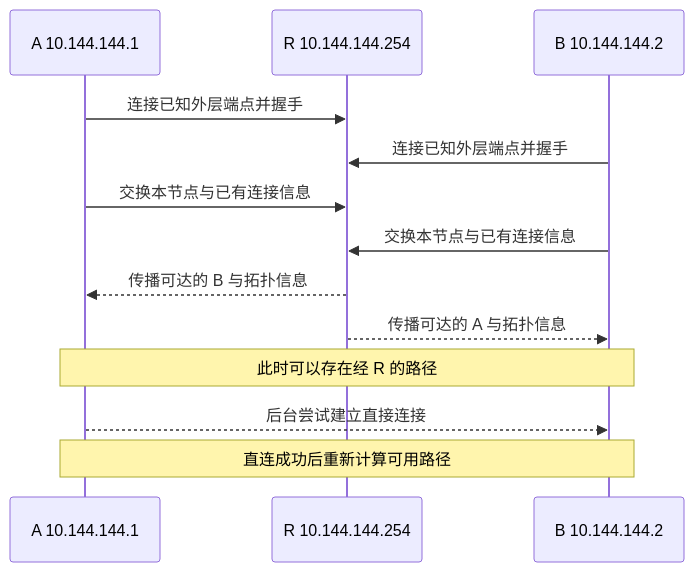
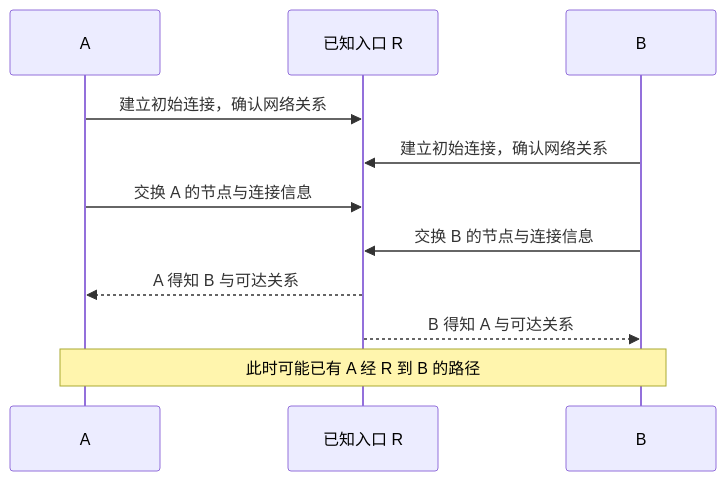
Before and after one commit to sonofmagic/easytier-docs: the diagram in apps/website/chapters/09-membership.md, drawn with Mermaid. The commit also changed other lines of this file and 59 other files, not shown here.

````diff
--- a/apps/website/chapters/09-membership.md
+++ b/apps/website/chapters/09-membership.md
@@ -28,15 +37,13 @@
 ```mermaid
 sequenceDiagram
-  participant A as A 10.144.144.1
-  participant R as R 10.144.144.254
-  participant B as B 10.144.144.2
-  A->>R: 连接已知外层端点并握手
-  B->>R: 连接已知外层端点并握手
-  A->>R: 交换本节点与已有连接信息
-  B->>R: 交换本节点与已有连接信息
-  R-->>A: 传播可达的 B 与拓扑信息
-  R-->>B: 传播可达的 A 与拓扑信息
-  Note over A,B: 此时可以存在经 R 的路径
-  A-->>B: 后台尝试建立直接连接
-  Note over A,B: 直连成功后重新计算可用路径
+  participant A as A
+  participant R as 已知入口 R
+  participant B as B
+  A->>R: 建立初始连接，确认网络关系
+  B->>R: 建立初始连接，确认网络关系
+  A->>R: 交换 A 的节点与连接信息
+  B->>R: 交换 B 的节点与连接信息
+  R-->>A: A 得知 B 与可达关系
+  R-->>B: B 得知 A 与可达关系
+  Note over A,B: 此时可能已有 A 经 R 到 B 的路径
 ```
````
